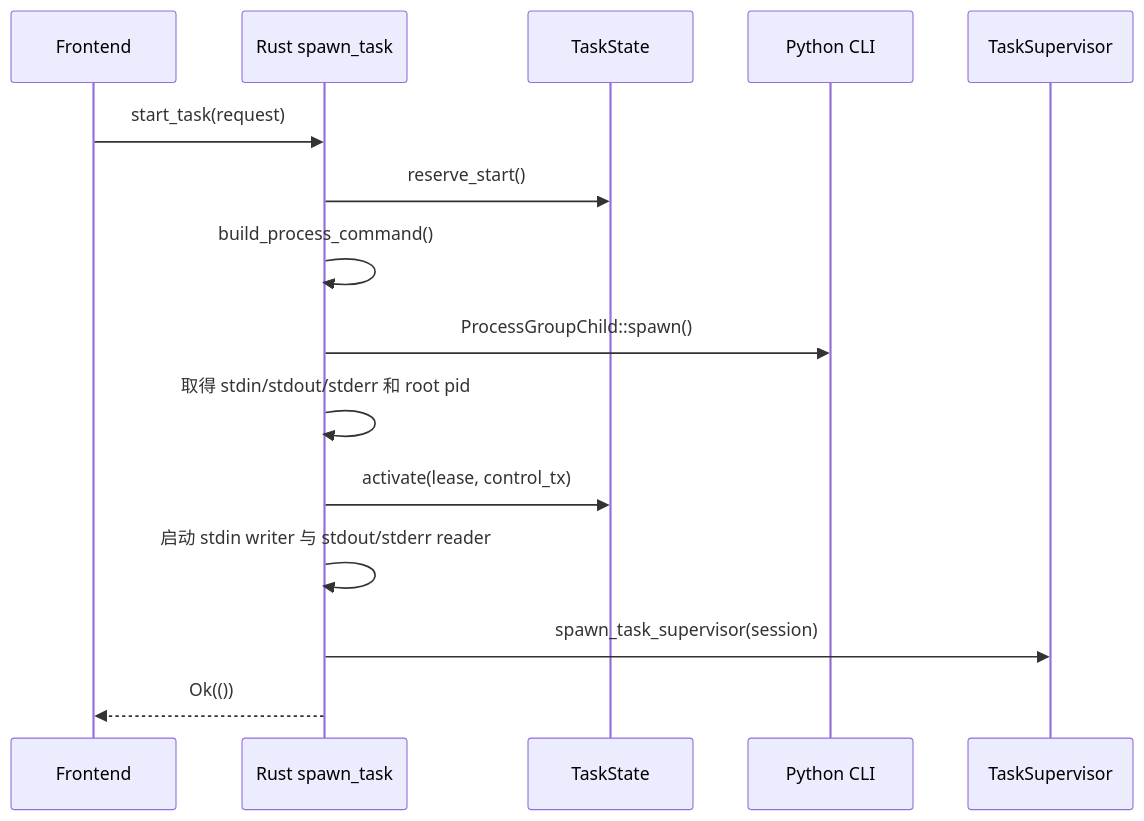
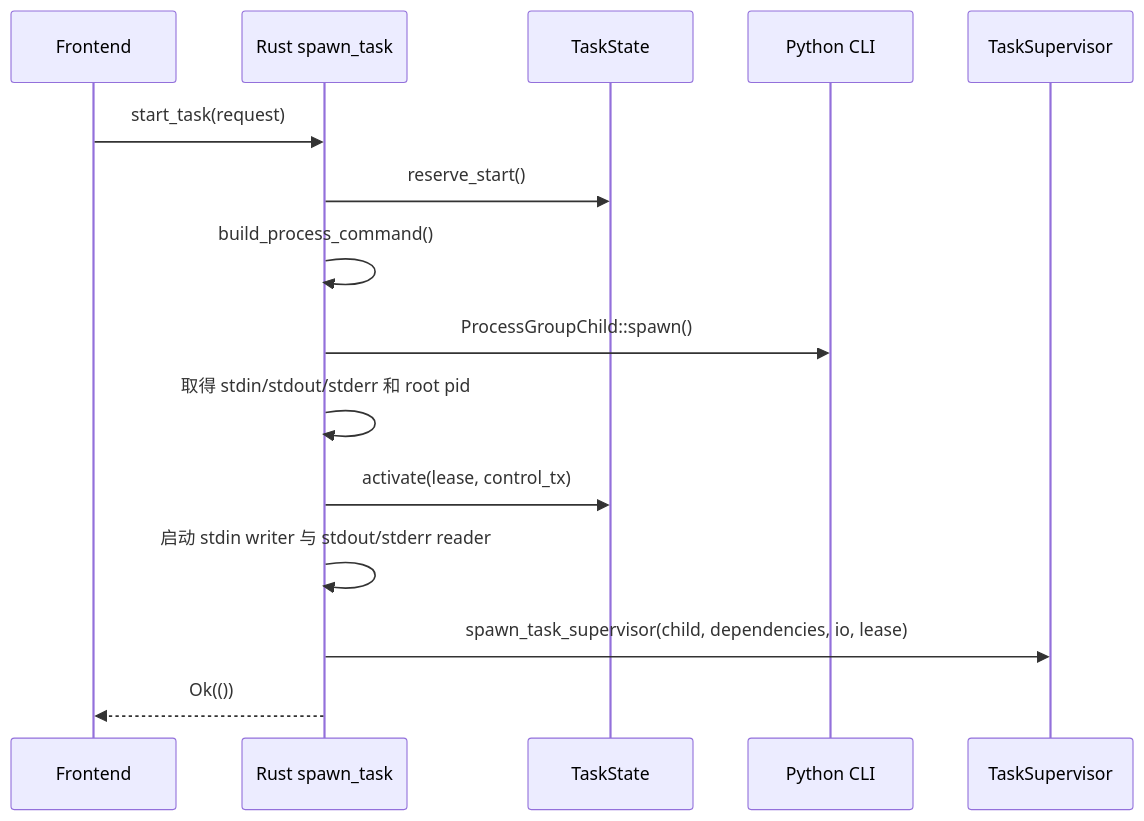
One commit to youge325/vp changed the fourth of 5 diagrams in docs/03-rust-shell-architecture.md. Above: the diagram before and after it, drawn with Mermaid. The commit also changed other lines of this file and 41 other files, not shown here.

````diff
--- a/docs/03-rust-shell-architecture.md
+++ b/docs/03-rust-shell-architecture.md
@@ -170,18 +170,18 @@
 ```mermaid
 sequenceDiagram
     participant Frontend
     participant Rust as Rust spawn_task
     participant State as TaskState
     participant Python as Python CLI
     participant Supervisor as TaskSupervisor
 
     Frontend->>Rust: start_task(request)
     Rust->>State: reserve_start()
     Rust->>Rust: build_process_command()
     Rust->>Python: ProcessGroupChild::spawn()
     Rust->>Rust: 取得 stdin/stdout/stderr 和 root pid
     Rust->>State: activate(lease, control_tx)
     Rust->>Rust: 启动 stdin writer 与 stdout/stderr reader
-    Rust->>Supervisor: spawn_task_supervisor(session)
+    Rust->>Supervisor: spawn_task_supervisor(child, dependencies, io, lease)
     Rust-->>Frontend: Ok(())
 ```
````
